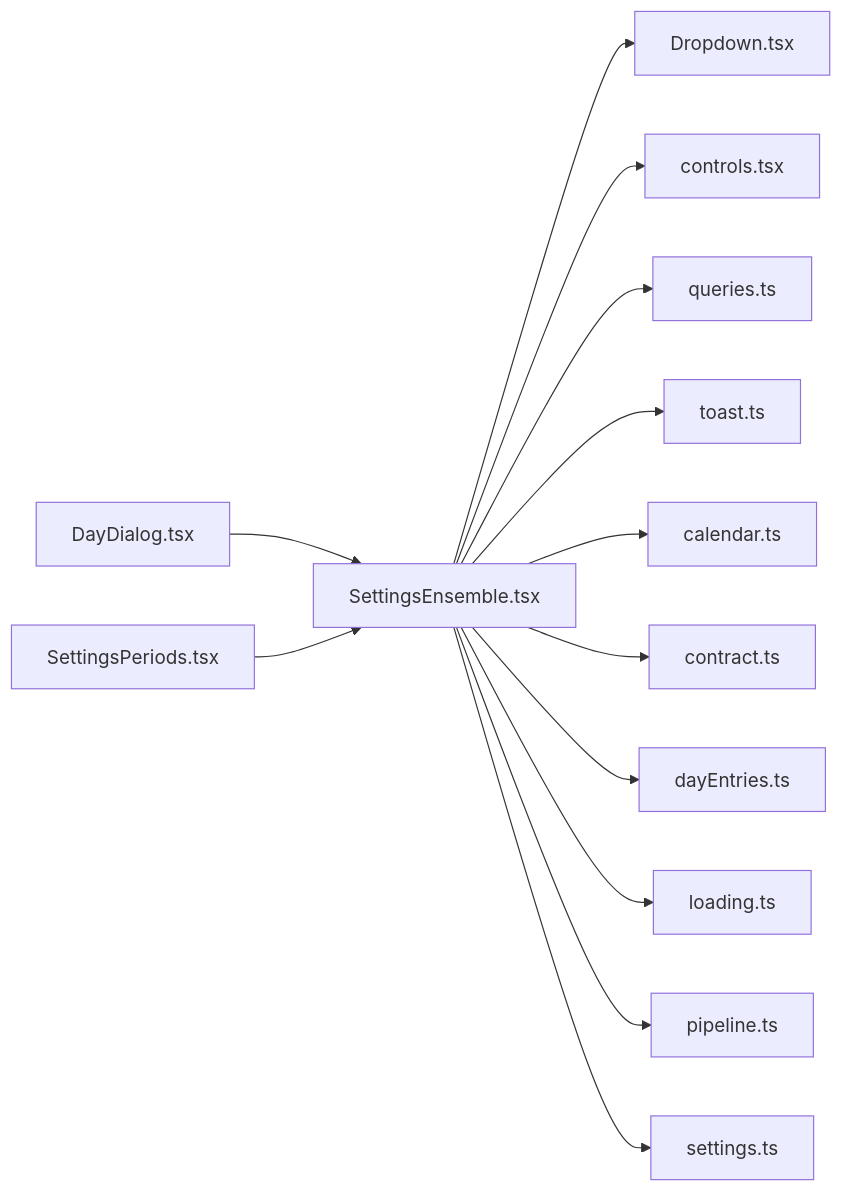
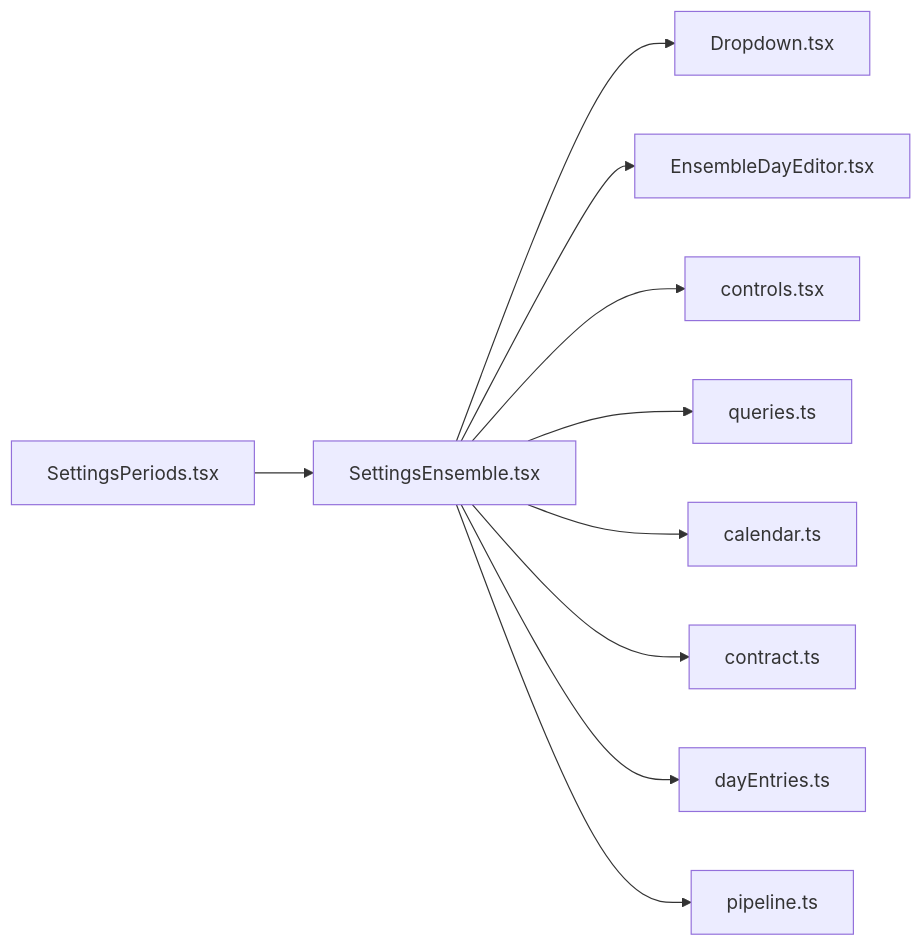
The diagram in .cluedoc/graph/frontend/src/routes/SettingsEnsemble.md (minkong-dev/Banblit), drawn with Mermaid before and after one commit. The commit also changed other lines of this file and 15 other files, not shown here.

Commit message:
frontend: move the per-day ensemble time editor into components

````diff
--- a/.cluedoc/graph/frontend/src/routes/SettingsEnsemble.md
+++ b/.cluedoc/graph/frontend/src/routes/SettingsEnsemble.md
@@ -10,16 +10,13 @@
 ```mermaid
 flowchart LR
   frontend_src_routes_SettingsEnsemble["SettingsEnsemble.tsx"]
   frontend_src_routes_SettingsEnsemble --> frontend_src_components_Dropdown["Dropdown.tsx"]
+  frontend_src_routes_SettingsEnsemble --> frontend_src_components_EnsembleDayEditor["EnsembleDayEditor.tsx"]
   frontend_src_routes_SettingsEnsemble --> frontend_src_components_controls["controls.tsx"]
   frontend_src_routes_SettingsEnsemble --> frontend_src_components_queries["queries.ts"]
-  frontend_src_routes_SettingsEnsemble --> frontend_src_components_toast["toast.ts"]
   frontend_src_routes_SettingsEnsemble --> frontend_src_lib_calendar["calendar.ts"]
   frontend_src_routes_SettingsEnsemble --> frontend_src_lib_contract["contract.ts"]
   frontend_src_routes_SettingsEnsemble --> frontend_src_lib_dayEntries["dayEntries.ts"]
-  frontend_src_routes_SettingsEnsemble --> frontend_src_lib_loading["loading.ts"]
   frontend_src_routes_SettingsEnsemble --> frontend_src_lib_pipeline["pipeline.ts"]
-  frontend_src_routes_SettingsEnsemble --> frontend_src_lib_settings["settings.ts"]
-  frontend_src_routes_DayDialog["DayDialog.tsx"] --> frontend_src_routes_SettingsEnsemble
   frontend_src_routes_SettingsPeriods["SettingsPeriods.tsx"] --> frontend_src_routes_SettingsEnsemble
 ```
````
